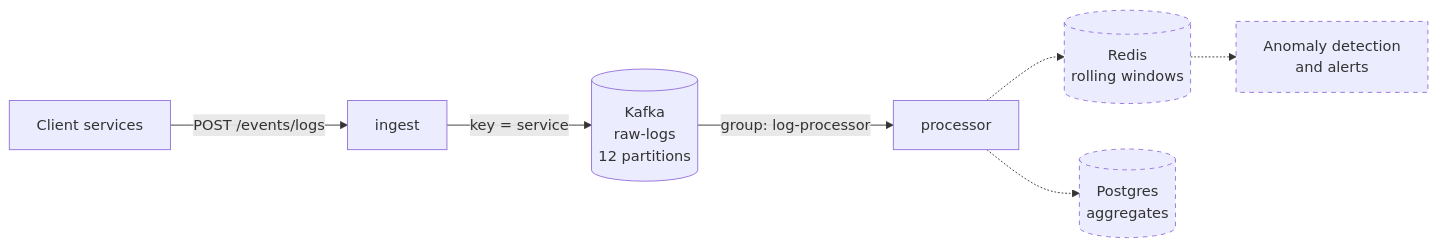
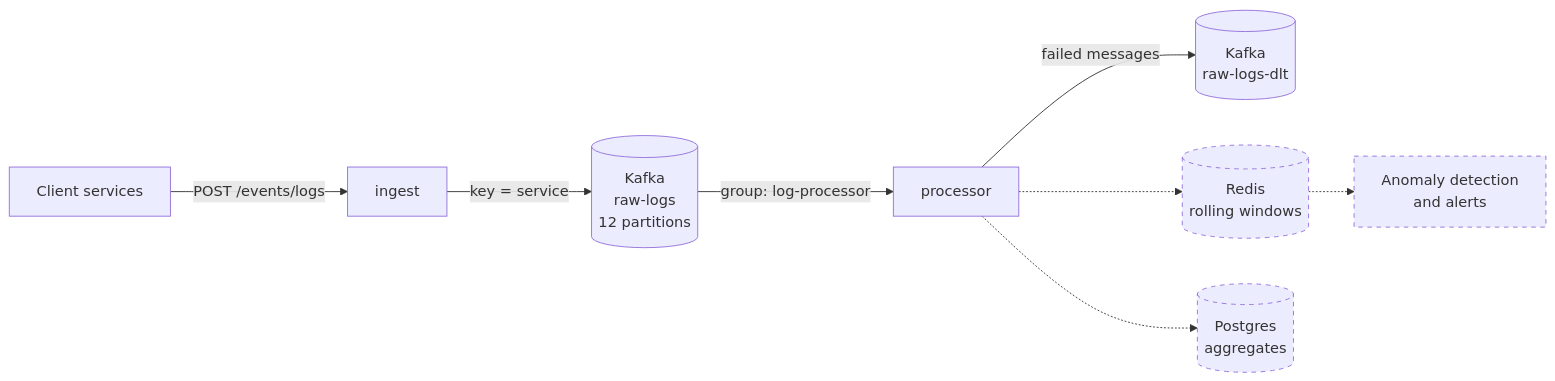
One commit to ShaharAshe/log-analytics-platform changed the diagram in README.md. Above: the diagram before and after it, drawn with Mermaid. The commit also changed other lines of this file and 1 other file, not shown here.

````diff
--- a/README.md
+++ b/README.md
@@ -24,12 +24,13 @@
 ```mermaid
 flowchart LR
   S[Client services] -->|POST /events/logs| I[ingest]
   I -->|key = service| K[(Kafka<br/>raw-logs<br/>12 partitions)]
   K -->|group: log-processor| P[processor]
+  P -->|failed messages| D[(Kafka<br/>raw-logs-dlt)]
   P -.-> R[(Redis<br/>rolling windows)]
   P -.-> DB[(Postgres<br/>aggregates)]
   R -.-> A[Anomaly detection<br/>and alerts]
 
   classDef planned stroke-dasharray: 5 5
   class R,DB,A planned
 ```
````
